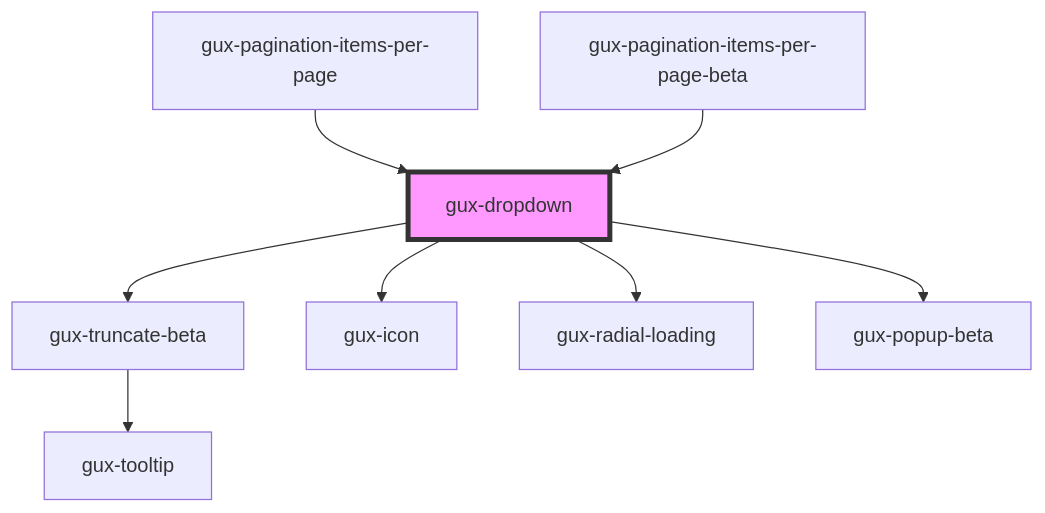
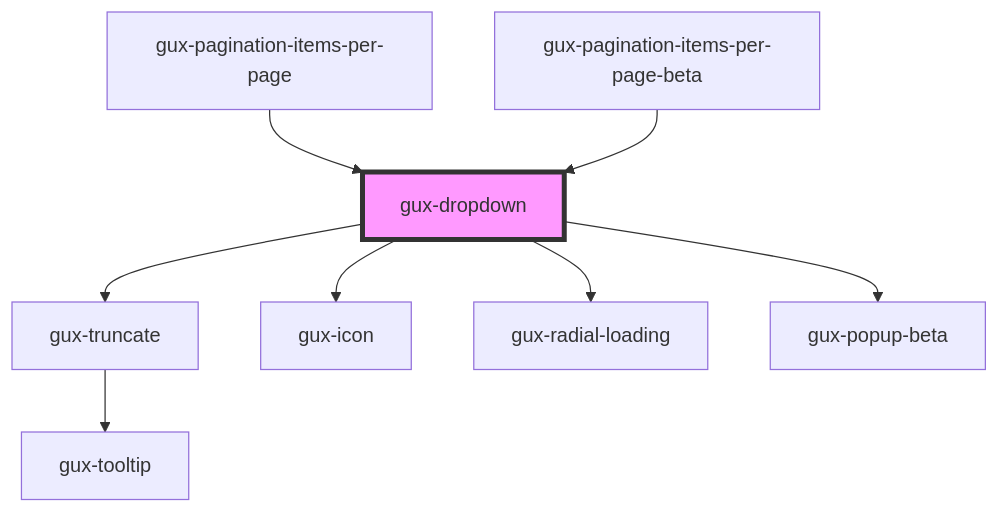
The diagram in packages/genesys-spark-components/src/components/stable/gux-dropdown/readme.md (MyPureCloud/genesys-spark), drawn with Mermaid before and after one commit. The commit also changed other lines of this file and 39 other files, not shown here.

First line of the commit message:
refactor(truncate): move from beta to stable

````diff
--- a/packages/genesys-spark-components/src/components/stable/gux-dropdown/readme.md
+++ b/packages/genesys-spark-components/src/components/stable/gux-dropdown/readme.md
@@ -58,11 +58,11 @@
 ```mermaid
 graph TD;
-  gux-dropdown --> gux-truncate-beta
+  gux-dropdown --> gux-truncate
   gux-dropdown --> gux-icon
   gux-dropdown --> gux-radial-loading
   gux-dropdown --> gux-popup-beta
-  gux-truncate-beta --> gux-tooltip
+  gux-truncate --> gux-tooltip
   gux-pagination-items-per-page --> gux-dropdown
   gux-pagination-items-per-page-beta --> gux-dropdown
   style gux-dropdown fill:#f9f,stroke:#333,stroke-width:4px
 ```
````
